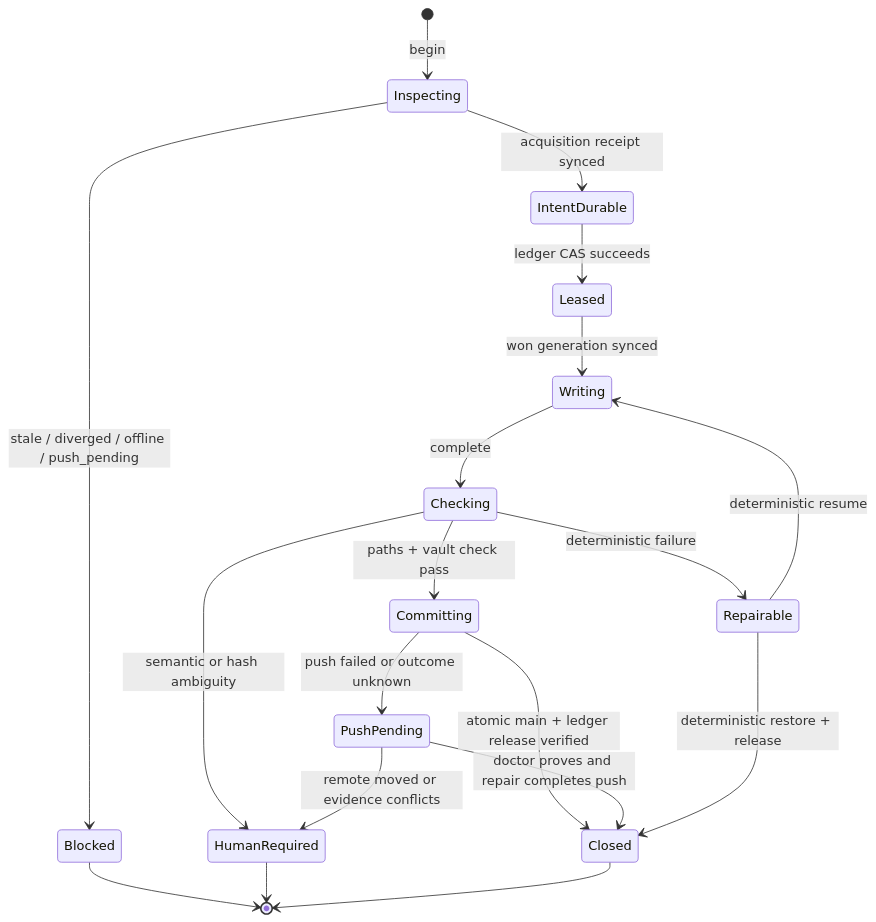
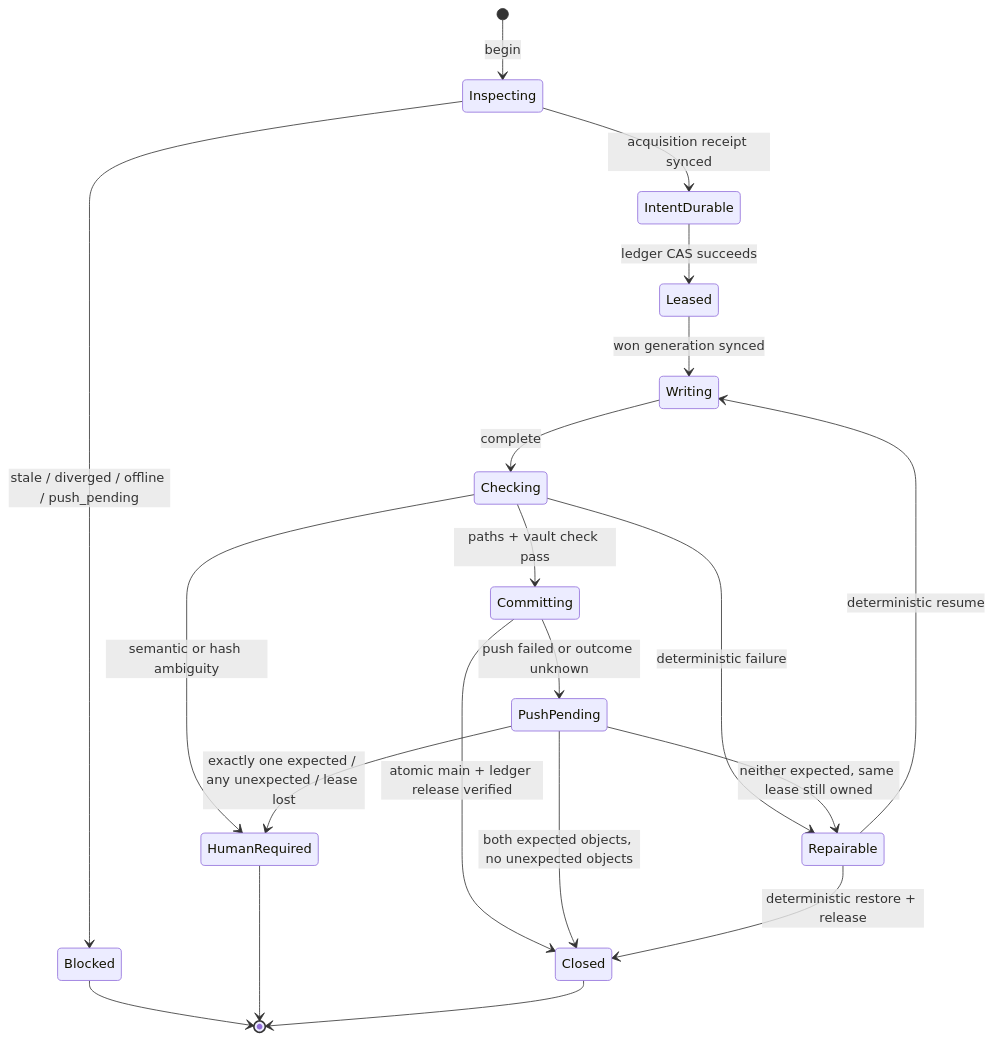
The second of 2 diagrams in docs/plans/vault-git-transaction-manager-plan.md (nathanvale/claude-code-config), drawn with Mermaid before and after one commit. The commit also changed other lines of this file and 3 other files, not shown here.

````diff
--- a/docs/plans/vault-git-transaction-manager-plan.md
+++ b/docs/plans/vault-git-transaction-manager-plan.md
@@ -602,21 +599,22 @@
 ```mermaid
 stateDiagram-v2
     [*] --> Inspecting: begin
     Inspecting --> Blocked: stale / diverged / offline / push_pending
     Inspecting --> IntentDurable: acquisition receipt synced
     IntentDurable --> Leased: ledger CAS succeeds
     Leased --> Writing: won generation synced
     Writing --> Checking: complete
     Checking --> Committing: paths + vault check pass
     Checking --> Repairable: deterministic failure
     Checking --> HumanRequired: semantic or hash ambiguity
     Committing --> PushPending: push failed or outcome unknown
     Committing --> Closed: atomic main + ledger release verified
-    PushPending --> Closed: doctor proves and repair completes push
-    PushPending --> HumanRequired: remote moved or evidence conflicts
+    PushPending --> Closed: both expected objects, no unexpected objects
+    PushPending --> Repairable: neither expected, same lease still owned
+    PushPending --> HumanRequired: exactly one expected / any unexpected / lease lost
     Repairable --> Writing: deterministic resume
     Repairable --> Closed: deterministic restore + release
     Blocked --> [*]
     HumanRequired --> [*]
     Closed --> [*]
 ```
````
